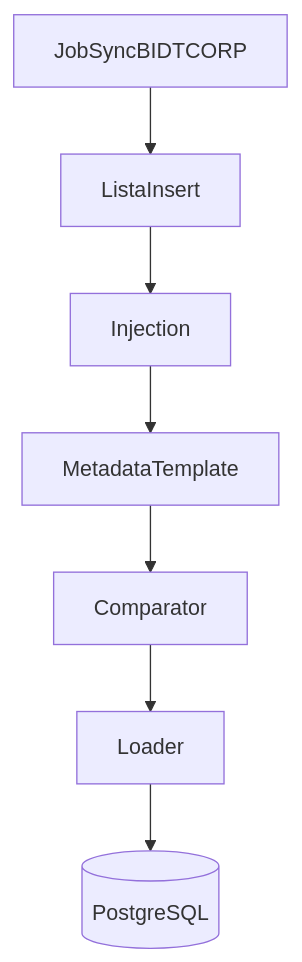
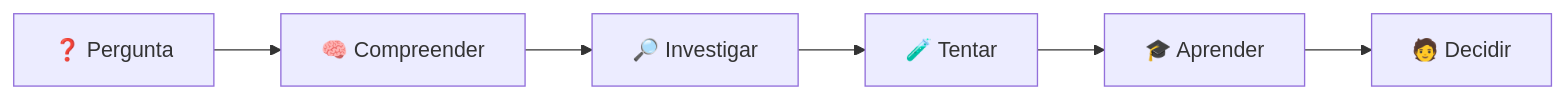
The second of 5 diagrams in README.md (lucasrsantosdev/atlas), drawn with Mermaid before and after one commit. The commit also changed other lines of this file, not shown here.

````diff
--- a/README.md
+++ b/README.md
@@ -147,29 +194,8 @@
 ```mermaid
-flowchart TD
-
-JOB["JobSyncBIDTCORP"]
-
--->
-
-LISTA["ListaInsert"]
-
--->
-
-INJECTION["Injection"]
-
--->
-
-METADATA["MetadataTemplate"]
-
--->
-
-COMPARE["Comparator"]
-
--->
-
-LOAD["Loader"]
-
--->
-
-POSTGRES[(PostgreSQL)]
+flowchart LR
+    Q["❓ Pergunta"] --> C["🧠 Compreender"]
+    C --> I["🔎 Investigar"]
+    I --> T["🧪 Tentar"]
+    T --> A["🎓 Aprender"]
+    A --> D["🧑 Decidir"]
 ```
````
